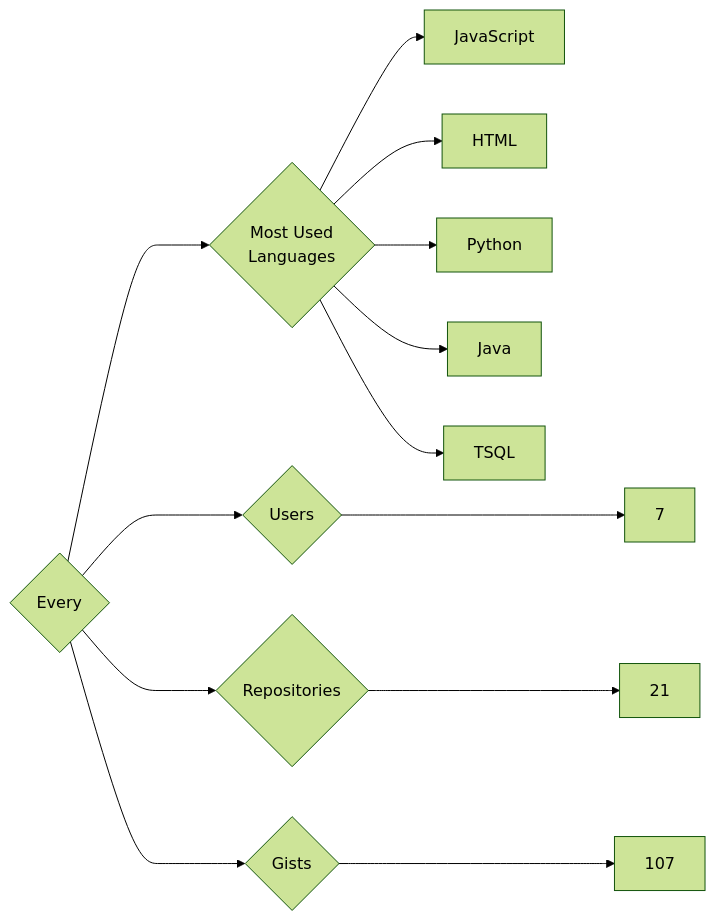
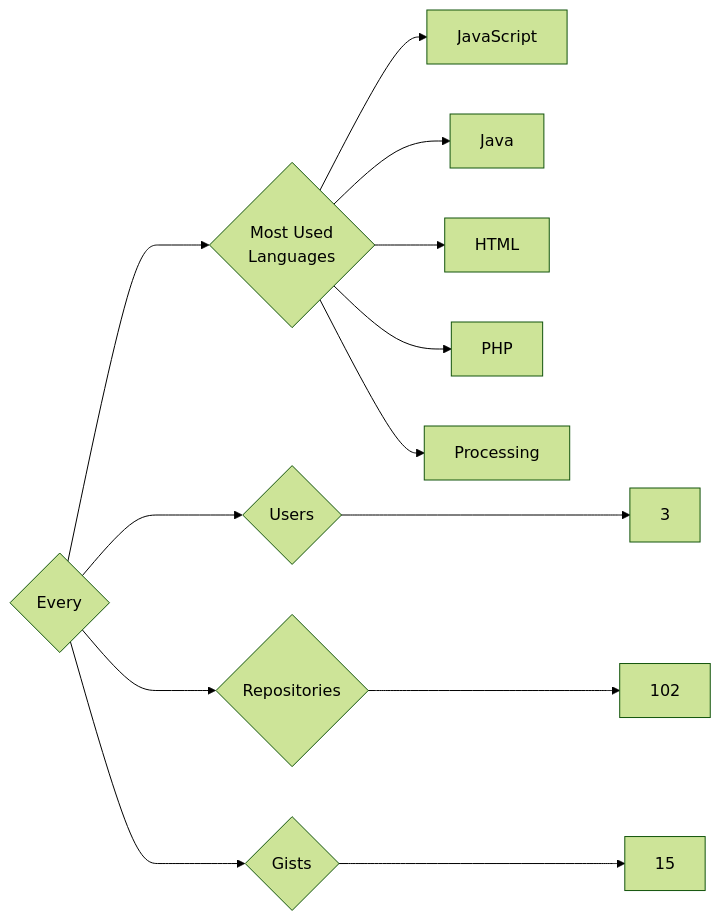
One commit to trickest/insiders changed the diagram in targets/Every/README.md. Above: the diagram before and after it, drawn with Mermaid (forest theme). The commit also changed 715 other files, not shown here.

````diff
--- a/targets/Every/README.md
+++ b/targets/Every/README.md
@@ -3,13 +3,13 @@
 ```mermaid
 graph LR
 COMPANY_NAME{Every}
-COMPANY_NAME ---> U{Users} ---> UN[7]
-COMPANY_NAME ---> R{Repositories} ---> RN[21]
-COMPANY_NAME ---> G{Gists} ---> GN[107]
+COMPANY_NAME ---> U{Users} ---> UN[3]
+COMPANY_NAME ---> R{Repositories} ---> RN[102]
+COMPANY_NAME ---> G{Gists} ---> GN[15]
 COMPANY_NAME ---> ML{Most Used<br>Languages}
 ML --> JavaScript[JavaScript]
+ML --> Java[Java]
 ML --> HTML[HTML]
-ML --> Python[Python]
-ML --> Java[Java]
-ML --> TSQL[TSQL]
+ML --> PHP[PHP]
+ML --> Processing[Processing]
 ```
````
